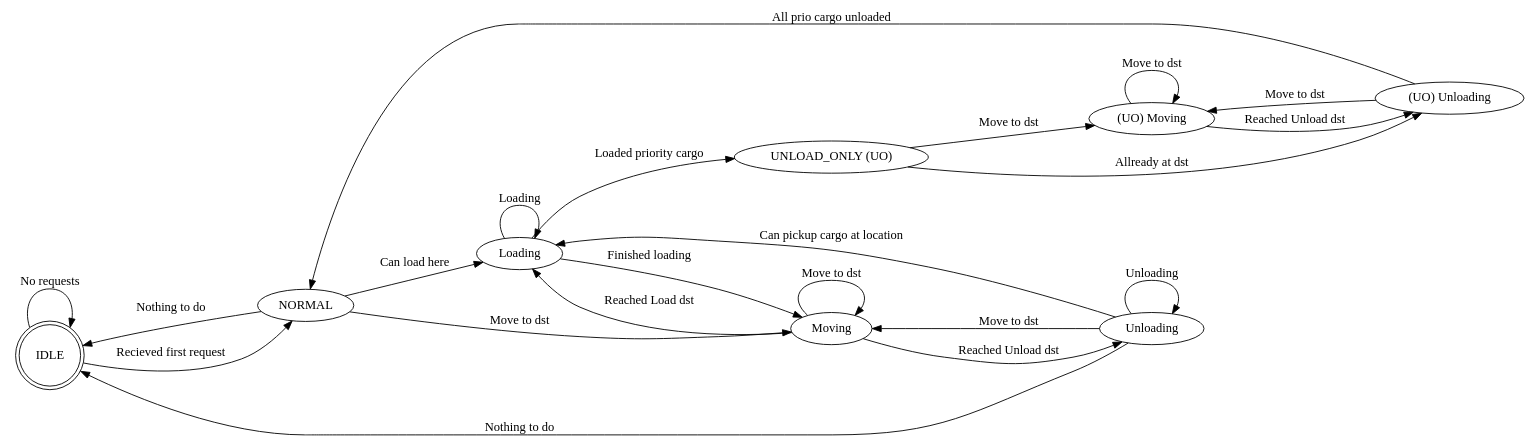
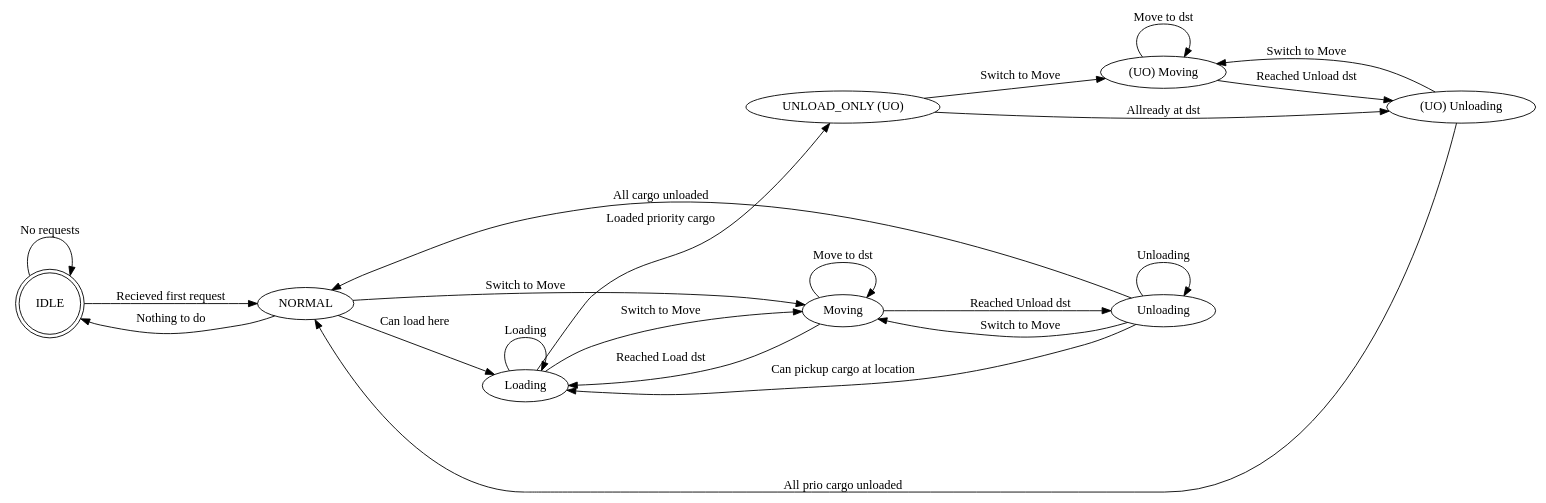
Before and after one commit to xhosad00/ATA_1: the diagram in cartctl/diagrams/CartStatus.dot, drawn with Graphviz.

Commit message:
Backup before formating

```diff
--- a/cartctl/diagrams/CartStatus.dot
+++ b/cartctl/diagrams/CartStatus.dot
@@ -1,54 +1,52 @@
 digraph CartStatus {
     
     rankdir=LR; // TB or LR
     nodesep=0.5; // Horizontal spacing
     ranksep=0.5; // Vertical spacing
+    
     //states
     IDLE [shape=doublecircle ]
     NORMAL
     
     Moving
     Unloading
     Loading
     
     "UNLOAD_ONLY (UO)"
     "(UO) Moving"
     "(UO) Unloading"
     
     //edges
     IDLE -> NORMAL [label="Recieved first request"]
     IDLE -> IDLE [label="No requests"]
     
     // NORMAL -> "UNLOAD_ONLY (UO)" [label="Has prio cargo request"]
     NORMAL -> IDLE [label="Nothing to do"]
-    NORMAL -> Moving [label="Move to dst"]
+    NORMAL -> Moving [label="Switch to Move"]
     NORMAL -> Loading [label="Can load here"]
     
     Moving -> Unloading [label="Reached Unload dst"]
     Moving -> Moving [label="Move to dst"]
     Moving -> Loading [label="Reached Load dst"]
     
     
     Loading -> Loading  [label="Loading"]
-    Loading -> Moving  [label="Finished loading"]
+    Loading -> Moving  [label="Switch to Move"]
     Loading -> "UNLOAD_ONLY (UO)"  [label="Loaded priority cargo"]
     
     Unloading -> Loading  [label="Can pickup cargo at location"]
-    Unloading -> Moving  [label="Move to dst"]
+    Unloading -> Moving  [label="Switch to Move"]
     Unloading -> Unloading  [label="Unloading"]
-    Unloading -> IDLE  [label="Nothing to do"]
+    Unloading -> NORMAL  [label="All cargo unloaded" ]
     
     // "UNLOAD_ONLY (UO)" -> NORMAL [label="All prio cargo unloaded"]    
-    "UNLOAD_ONLY (UO)" -> "(UO) Moving" [label="Move to dst"]
+    "UNLOAD_ONLY (UO)" -> "(UO) Moving" [label="Switch to Move"]
     "UNLOAD_ONLY (UO)" -> "(UO) Unloading" [label="Allready at dst"]
 
     "(UO) Moving" -> "(UO) Moving" [label="Move to dst"]
     "(UO) Moving" -> "(UO) Unloading" [label="Reached Unload dst"]
     
     // "(UO) Unloading" -> "UNLOAD_ONLY (UO)" [label="Finished Unloading"]
-    "(UO) Unloading" -> "(UO) Moving" [label="Move to dst"]
-    "(UO) Unloading" -> NORMAL [label="All prio cargo unloaded"]  
-    
-    
-    
+    "(UO) Unloading" -> "(UO) Moving" [label="Switch to Move"]
+    "(UO) Unloading" -> NORMAL [label="All prio cargo unloaded"]      
 }
```
